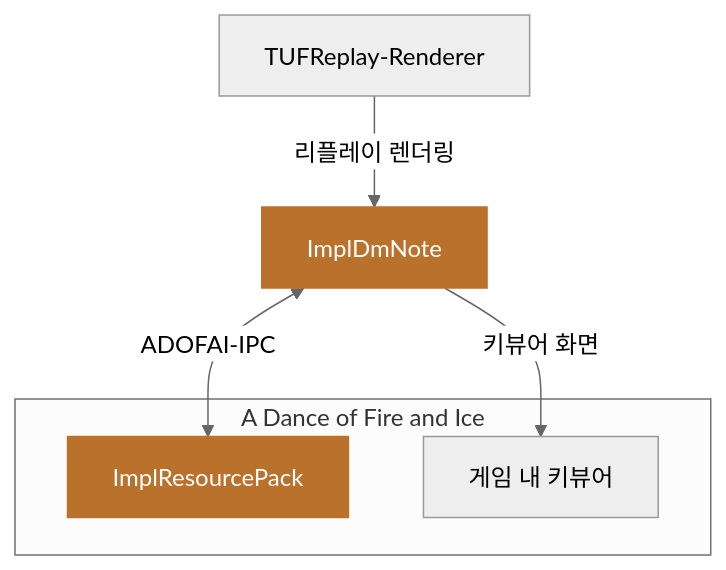
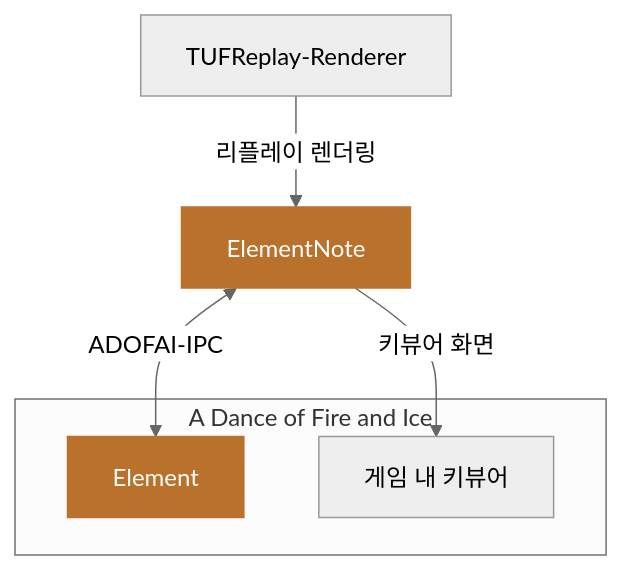
The diagram in README.md (KGH1113/Element), drawn with Mermaid (neutral theme) before and after one commit. The commit also changed other lines of this file and 1283 other files, not shown here.

````diff
--- a/README.md
+++ b/README.md
@@ -127,13 +127,13 @@
 ```mermaid
 flowchart TB
-    ren["TUFReplay-Renderer"] -->|리플레이 렌더링| app["ImplDmNote"]
+    ren["TUFReplay-Renderer"] -->|리플레이 렌더링| app["ElementNote"]
     subgraph game["A Dance of Fire and Ice"]
-        mod["ImplResourcePack"]
+        mod["Element"]
         view["게임 내 키뷰어"]
     end
     app <-->|ADOFAI-IPC| mod
     app -->|키뷰어 화면| view
 
     classDef accent fill:#ba712b,stroke:#ba712b,color:#fff
     class mod,app accent
 ```
````
